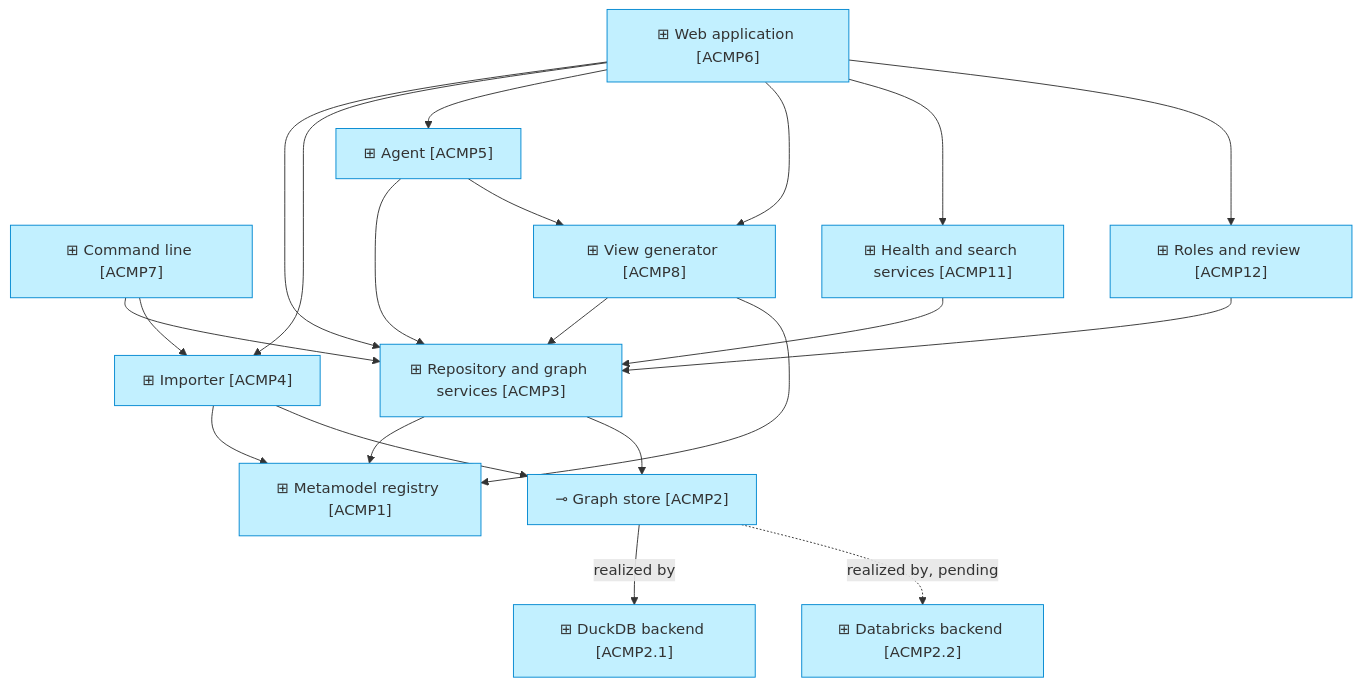
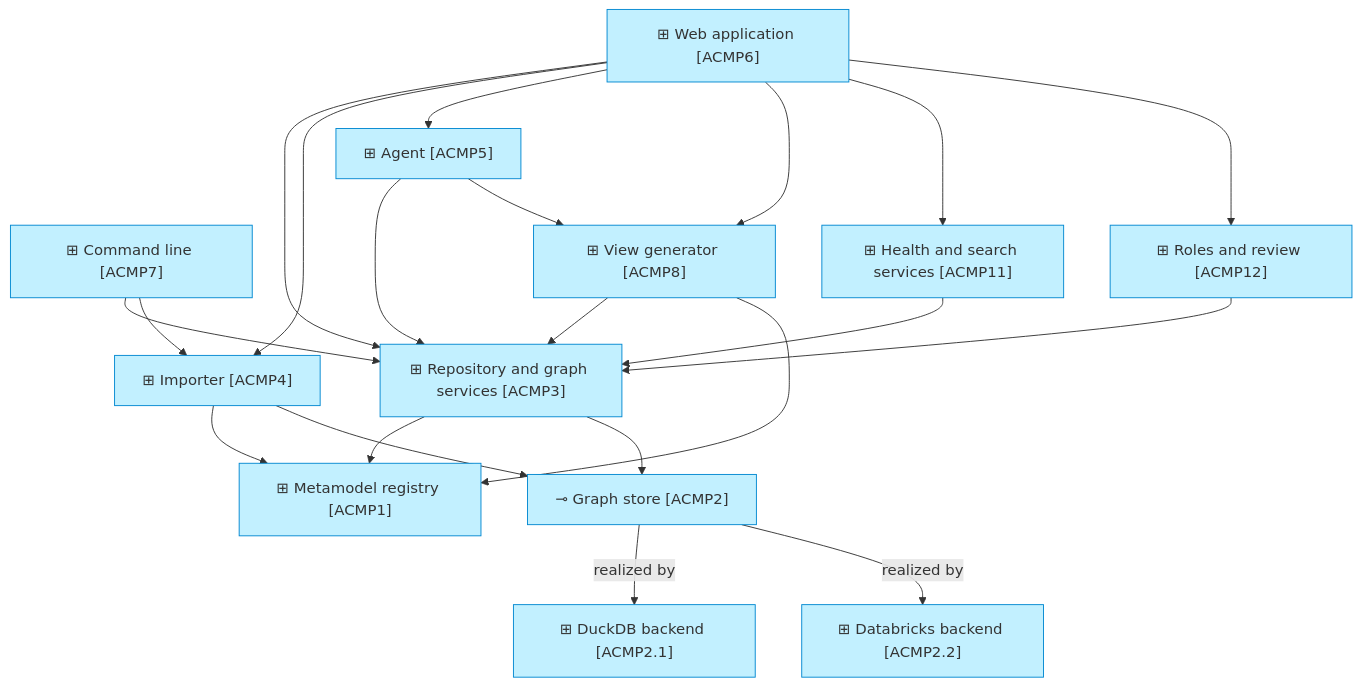
Before and after one commit to roanboc/dbx-enterprise-architecture: the second of 2 diagrams in architecture/4_application/README.md, drawn with Mermaid. The commit also changed 16 other files, not shown here.

First line of the commit message:
docs: initiative 13 aligned through the layers, the roadmap in flight, decisions 0011 and 0012

````diff
--- a/architecture/4_application/README.md
+++ b/architecture/4_application/README.md
@@ -38,38 +38,38 @@
 ```mermaid
 flowchart TB
   ui["⊞ Web application [ACMP6]"]:::application
   cli["⊞ Command line [ACMP7]"]:::application
   agent["⊞ Agent [ACMP5]"]:::application
   views["⊞ View generator [ACMP8]"]:::application
   svc["⊞ Repository and graph services [ACMP3]"]:::application
   imp["⊞ Importer [ACMP4]"]:::application
   reg["⊞ Metamodel registry [ACMP1]"]:::application
   store["⊸ Graph store [ACMP2]"]:::application
   duck["⊞ DuckDB backend [ACMP2.1]"]:::application
   dbx["⊞ Databricks backend [ACMP2.2]"]:::application
 
   ui --> svc
   ui --> imp
   ui --> agent
   cli --> svc
   cli --> imp
   agent --> svc
   agent --> views
   ui --> views
   views --> svc
   views --> reg
   svc --> reg
   imp --> reg
   svc --> store
   imp --> store
   health["⊞ Health and search services [ACMP11]"]:::application
   roles["⊞ Roles and review [ACMP12]"]:::application
   ui --> health
   ui --> roles
   health --> svc
   roles --> svc
   store -->|realized by| duck
-  store -.->|realized by, pending| dbx
+  store -->|realized by| dbx
 
   classDef application fill:#c2f0ff,stroke:#0288d1,color:#333
 ```
````
